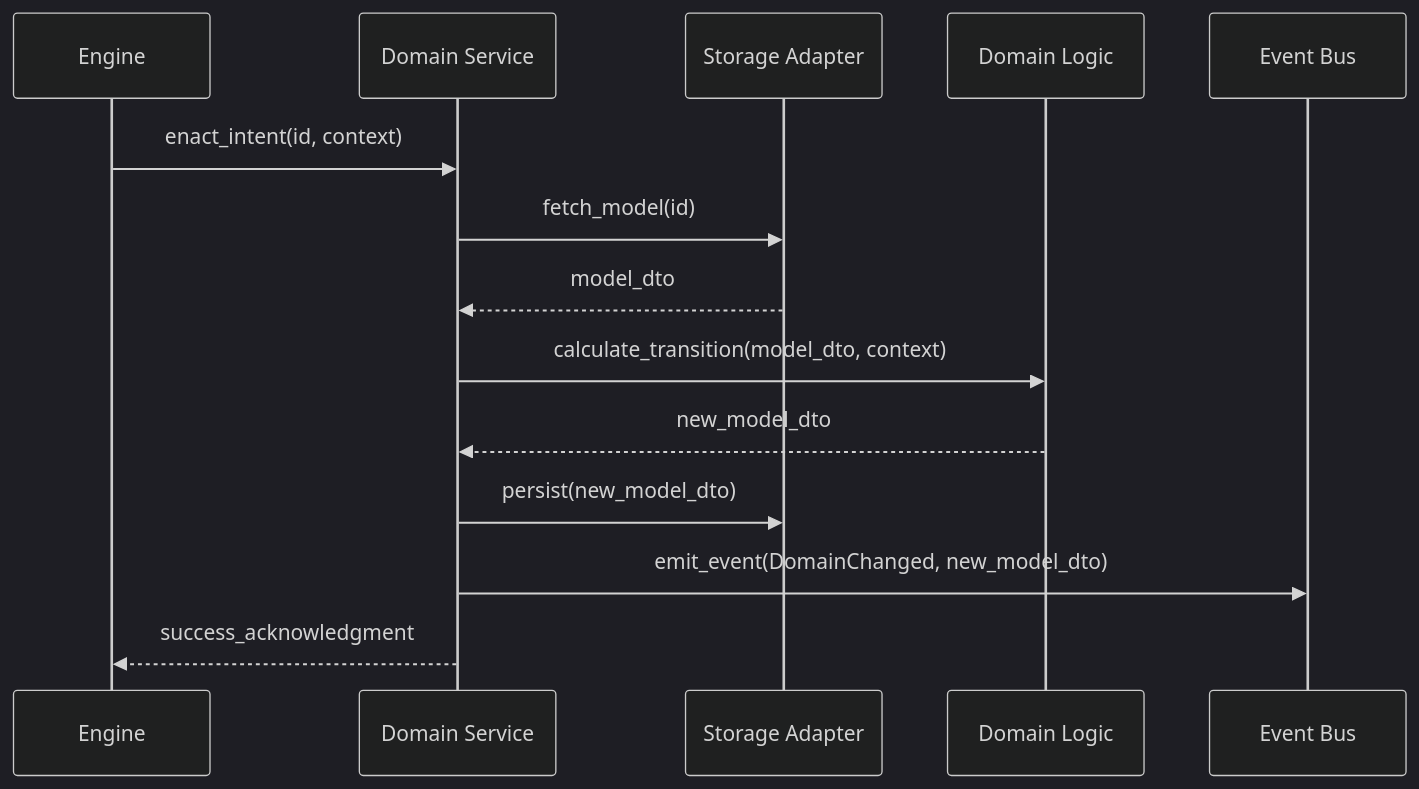
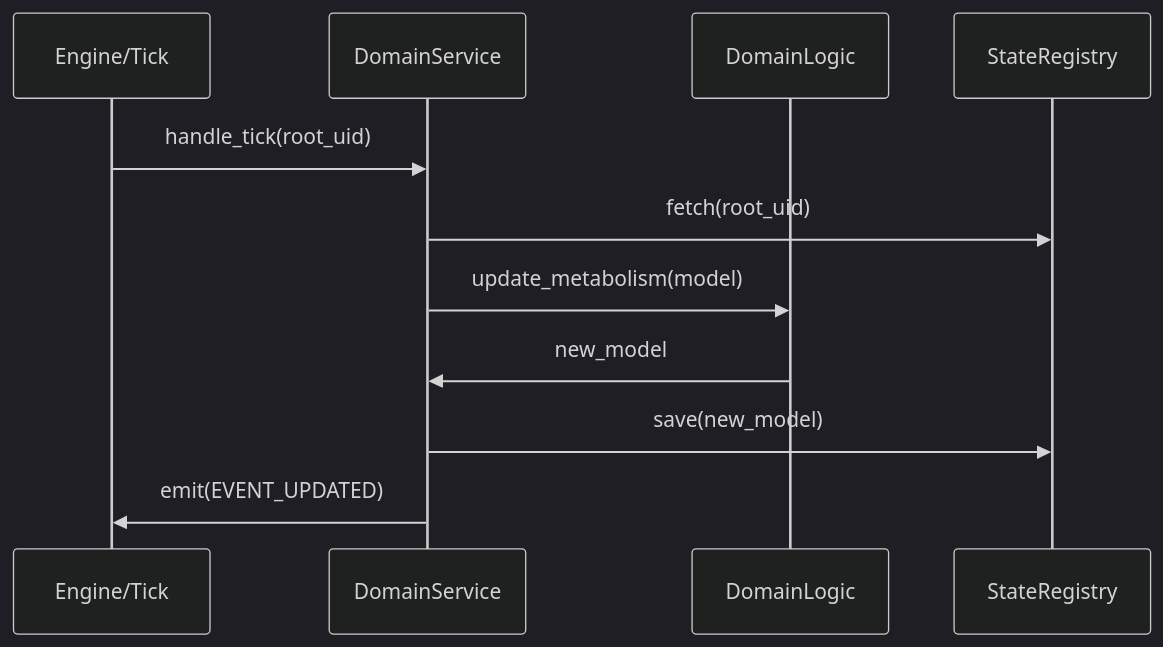
Before and after one commit to mnaatjes/oregon-trail-clone: the diagram in docs/explanation/design/domain_service_entities.md, drawn with Mermaid (dark theme). The commit also changed other lines of this file and 10 other files, not shown here.

````diff
--- a/docs/explanation/design/domain_service_entities.md
+++ b/docs/explanation/design/domain_service_entities.md
@@ -47,17 +45,14 @@
 ```mermaid
 sequenceDiagram
-    participant E as Engine
-    participant S as Domain Service
-    participant A as Storage Adapter
-    participant L as Domain Logic
-    participant B as Event Bus
+    participant Engine as Engine/Tick
+    participant Service as DomainService
+    participant Logic as DomainLogic
+    participant Registry as StateRegistry
 
-    E->>S: enact_intent(id, context)
-    S->>A: fetch_model(id)
-    A-->>S: model_dto
-    S->>L: calculate_transition(model_dto, context)
-    L-->>S: new_model_dto
-    S->>A: persist(new_model_dto)
-    S->>B: emit_event(DomainChanged, new_model_dto)
-    S-->>E: success_acknowledgment
+    Engine->>Service: handle_tick(root_uid)
+    Service->>Registry: fetch(root_uid)
+    Service->>Logic: update_metabolism(model)
+    Logic->>Service: new_model
+    Service->>Registry: save(new_model)
+    Service->>Engine: emit(EVENT_UPDATED)
 ```
````
